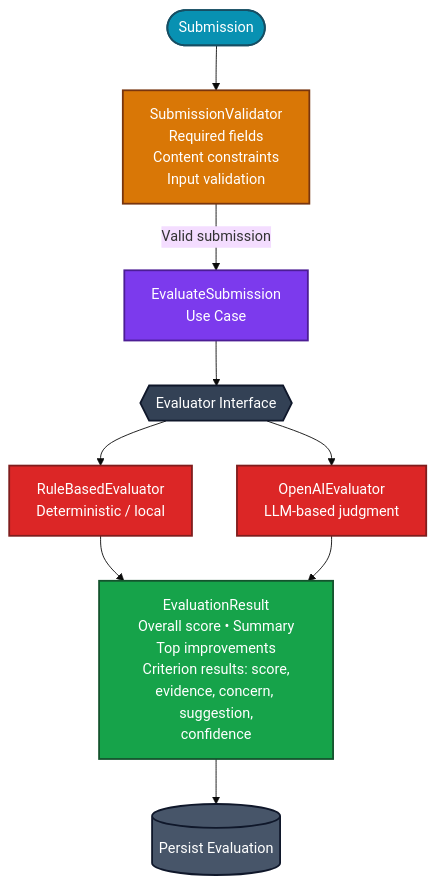
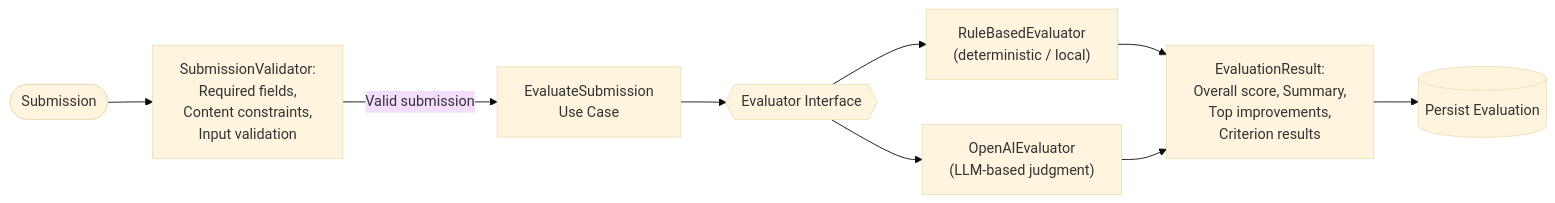
Before and after one commit to shaurya-sehgal5/LLD: the third of 7 diagrams in README.md, drawn with Mermaid (base theme). The commit also changed other lines of this file, not shown here.

````diff
--- a/README.md
+++ b/README.md
@@ -235,27 +206,11 @@
 ```mermaid
-flowchart TD
-    S(["Submission"]) --> V["SubmissionValidator<br/>Required fields<br/>Content constraints<br/>Input validation"]
+flowchart LR
+    S(["Submission"]) --> V["SubmissionValidator:<br/>Required fields,<br/>Content constraints,<br/>Input validation"]
     V -->|Valid submission| U["EvaluateSubmission<br/>Use Case"]
-    U --> EI{{"Evaluator Interface"}}
-    EI --> R1["RuleBasedEvaluator<br/>Deterministic / local"]
-    EI --> R2["OpenAIEvaluator<br/>LLM-based judgment"]
-    R1 --> RES["EvaluationResult<br/>Overall score • Summary<br/>Top improvements<br/>Criterion results: score,<br/>evidence, concern, suggestion,<br/>confidence"]
+    U --> EI{{Evaluator Interface}}
+    EI --> R1["RuleBasedEvaluator<br/>(deterministic / local)"]
+    EI --> R2["OpenAIEvaluator<br/>(LLM-based judgment)"]
+    R1 --> RES["EvaluationResult:<br/>Overall score, Summary,<br/>Top improvements,<br/>Criterion results"]
     R2 --> RES
     RES --> P[("Persist Evaluation")]
-
-    classDef input fill:#0891b2,stroke:#164e63,color:#fff,stroke-width:2px
-    classDef validate fill:#d97706,stroke:#78350f,color:#fff,stroke-width:2px
-    classDef usecase fill:#7c3aed,stroke:#4c1d95,color:#fff,stroke-width:2px
-    classDef iface fill:#334155,stroke:#0f172a,color:#fff,stroke-width:2px
-    classDef impl fill:#dc2626,stroke:#7f1d1d,color:#fff,stroke-width:2px
-    classDef result fill:#16a34a,stroke:#14532d,color:#fff,stroke-width:2px
-    classDef db fill:#475569,stroke:#0f172a,color:#fff,stroke-width:2px
-
-    class S input
-    class V validate
-    class U usecase
-    class EI iface
-    class R1,R2 impl
-    class RES result
-    class P db
 ```
````
